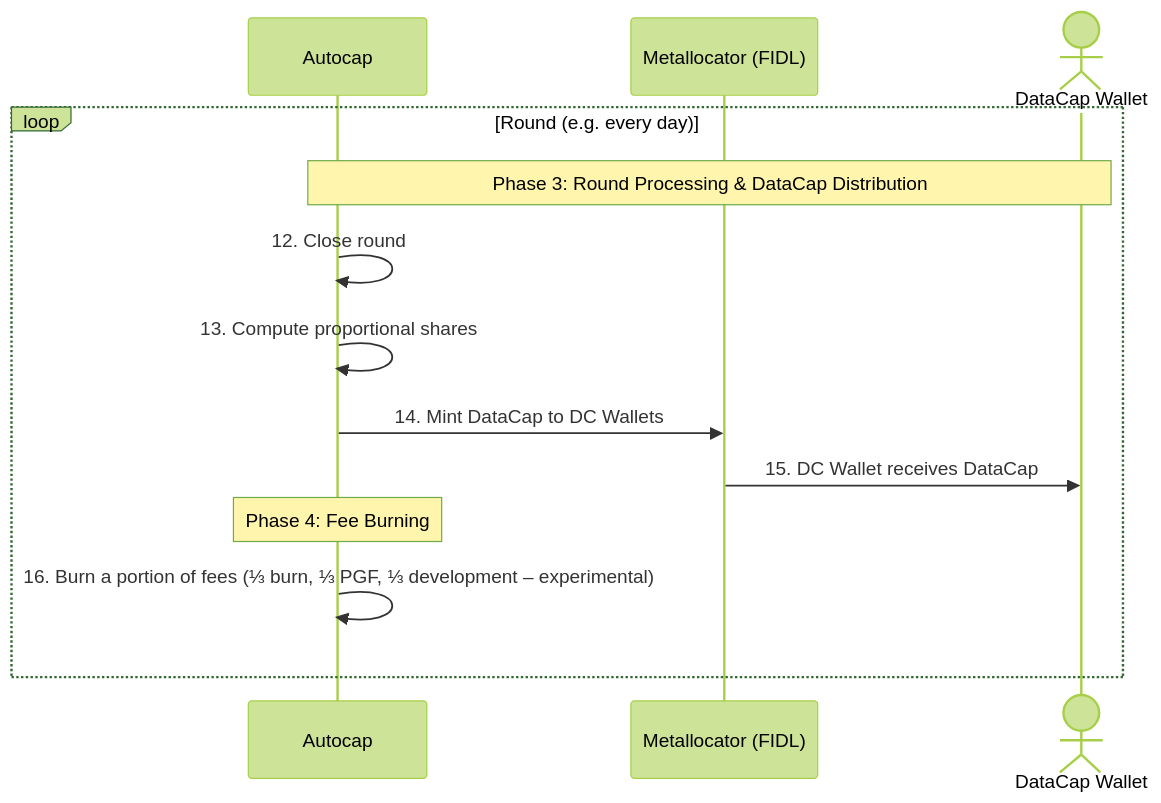
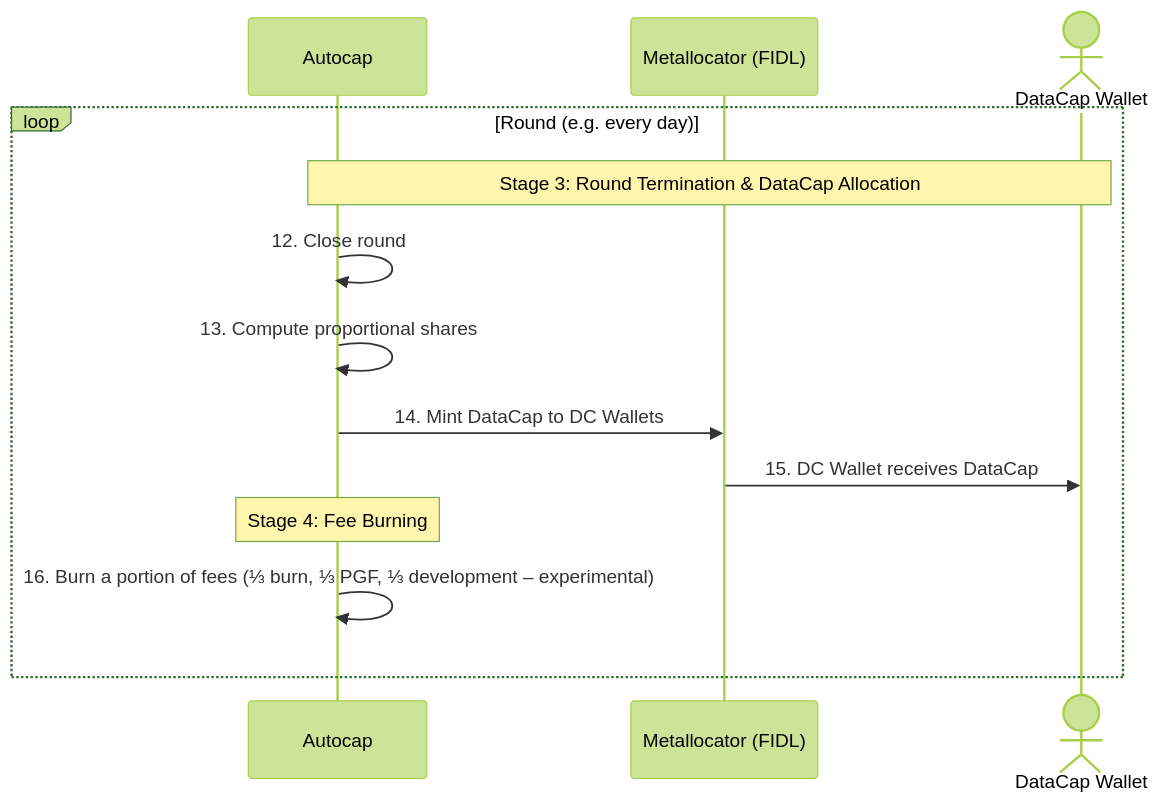
One commit to CELtd/filplus-autocap changed the second of 2 diagrams in docs/SCHEME.md. Above: the diagram before and after it, drawn with Mermaid (forest theme). The commit also changed other lines of this file, not shown here.

````diff
--- a/docs/SCHEME.md
+++ b/docs/SCHEME.md
@@ -71,17 +71,17 @@
 ```mermaid
 sequenceDiagram
   participant Autocap as Autocap
   participant Datacap as Metallocator (FIDL)
   actor DCWallet as DataCap Wallet
   loop Round (e.g. every day)
-  Note over Autocap,DCWallet: Phase 3: Round Processing & DataCap Distribution
+  Note over Autocap,DCWallet: Stage 3: Round Termination & DataCap Allocation
 
   Autocap ->> Autocap: 12. Close round
   Autocap ->> Autocap: 13. Compute proportional shares
   Autocap ->> Datacap: 14. Mint DataCap to DC Wallets
   Datacap ->> DCWallet: 15. DC Wallet receives DataCap
 
-  Note over Autocap: Phase 4: Fee Burning
+  Note over Autocap: Stage 4: Fee Burning
   Autocap ->> Autocap: 16. Burn a portion of fees (⅓ burn, ⅓ PGF, ⅓ development – experimental)
   end
 ```
````
